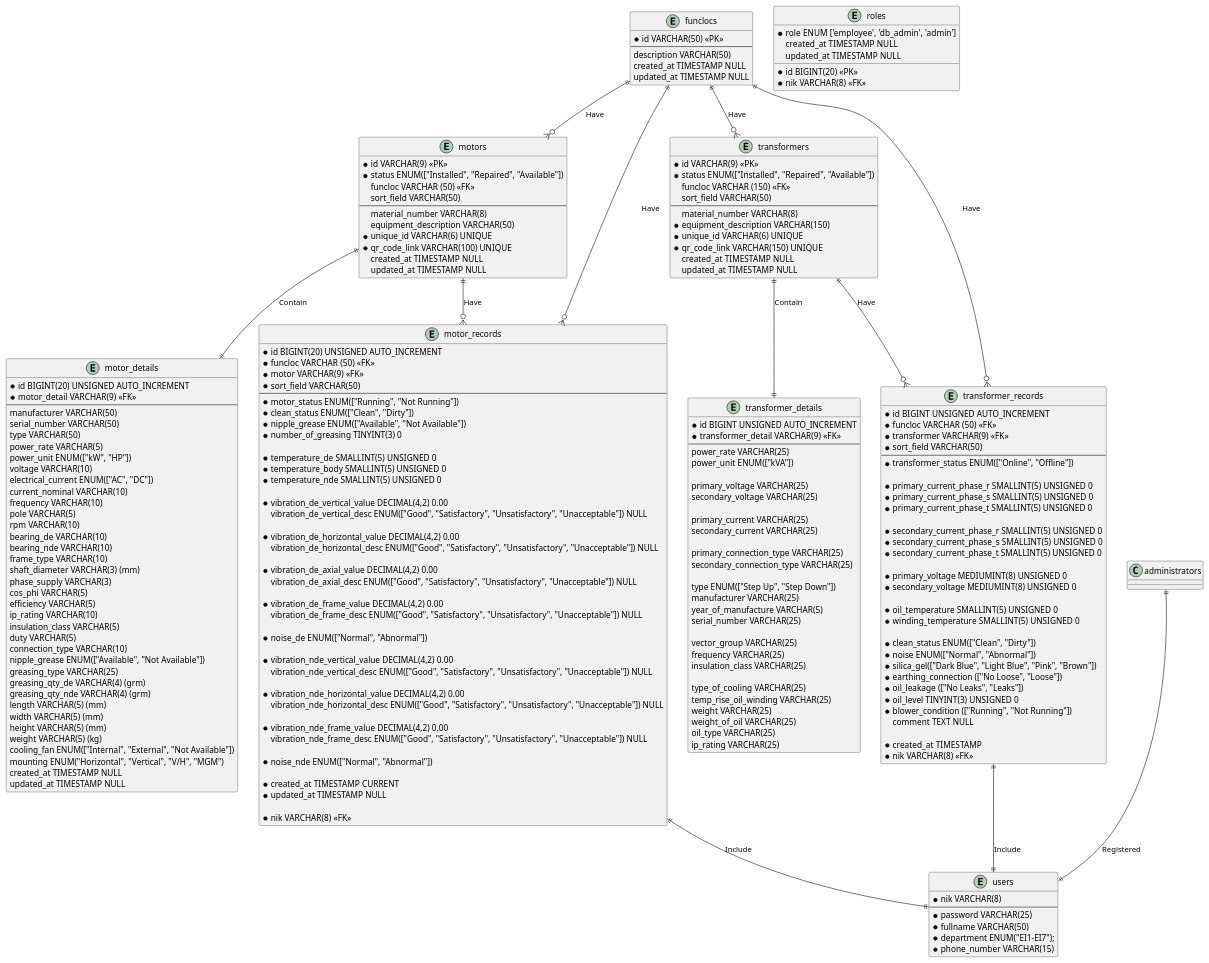
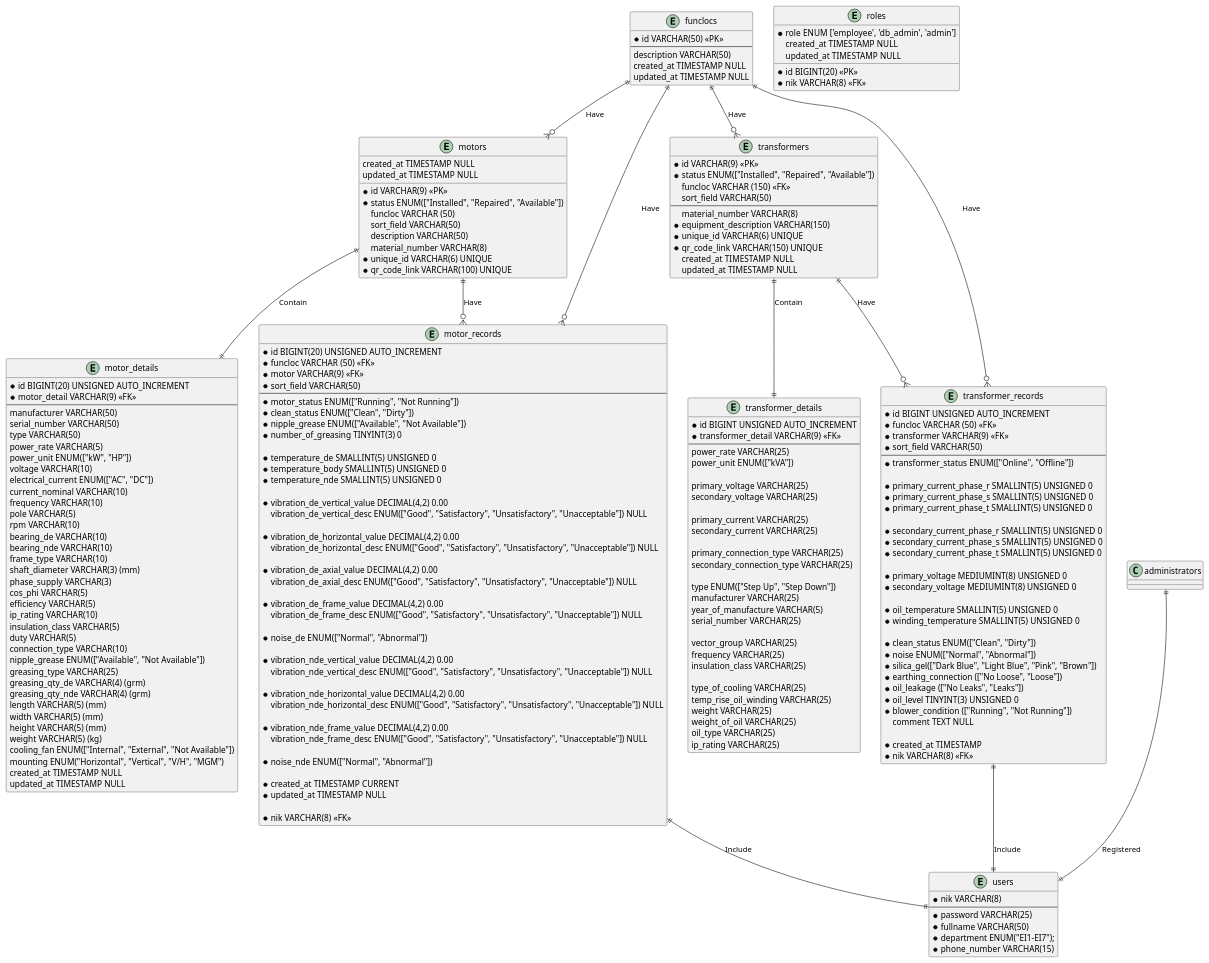
The diagram in docs/fajar_e_maintenance.puml (doniduaasattuu/fajar-e-maintenance), drawn with PlantUML before and after one commit. The commit also changed 23 other files, not shown here.

```diff
--- a/docs/fajar_e_maintenance.puml
+++ b/docs/fajar_e_maintenance.puml
@@ -13,11 +13,10 @@
 {
     * id VARCHAR(9) <<PK>>
     * status ENUM(["Installed", "Repaired", "Available"])
-      funcloc VARCHAR (50) <<FK>>
+      funcloc VARCHAR (50)
       sort_field VARCHAR(50)
-    --
+      description VARCHAR(50)
       material_number VARCHAR(8)
-      equipment_description VARCHAR(50)
     * unique_id VARCHAR(6) UNIQUE
     * qr_code_link VARCHAR(100) UNIQUE
       created_at TIMESTAMP NULL
```
